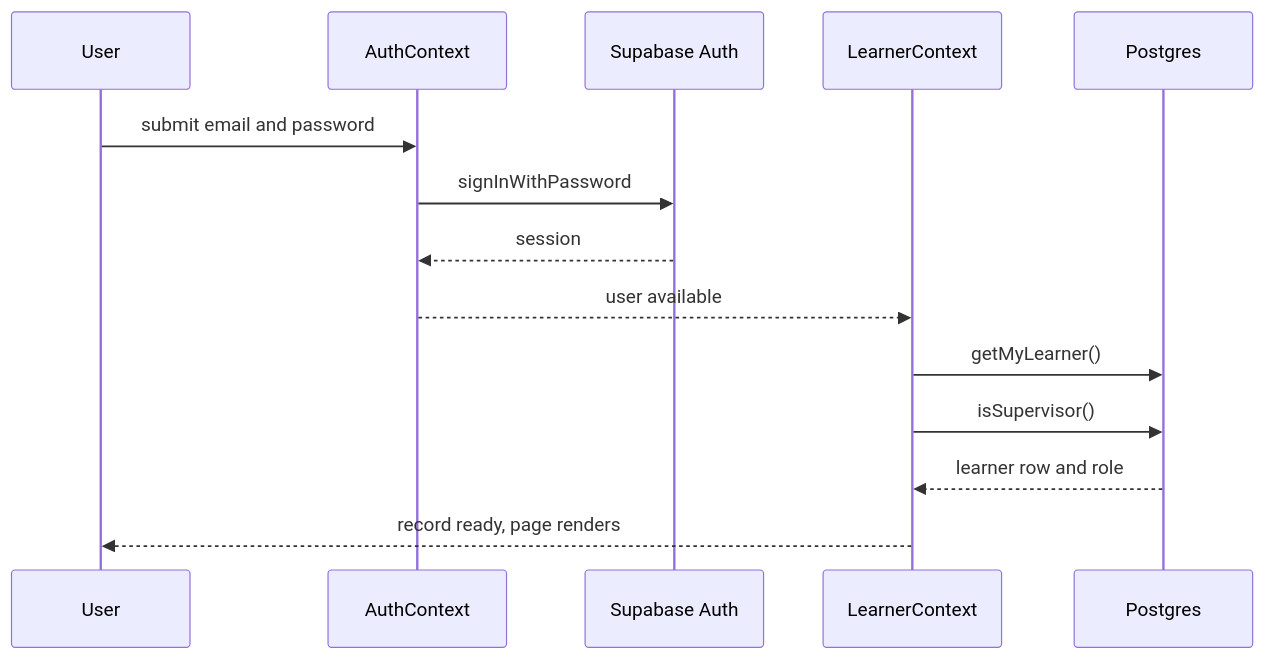
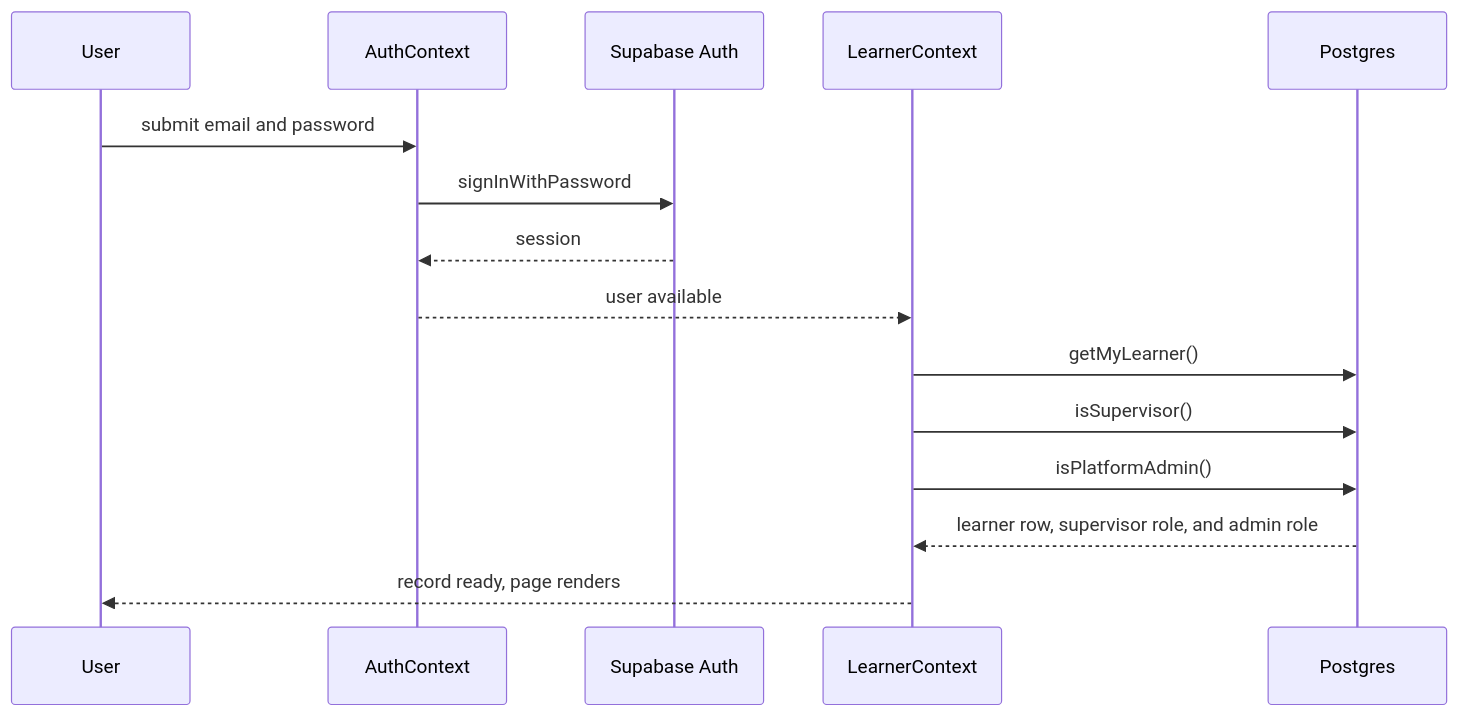
Before and after one commit to ayonman100/eabd-learning-platform: the third of 4 diagrams in docs/architecture/overview.md, drawn with Mermaid. The commit also changed other lines of this file and 7 other files, not shown here.

Commit message:
docs(changelog): Record changes since the Vercel route fix - The log starts on 28 October 2026, at the rewrite that serves every route from index.html. - The index, overview, security notes, and pathway notes now include the admin role and the public pages.

````diff
--- a/docs/architecture/overview.md
+++ b/docs/architecture/overview.md
@@ -71,16 +75,17 @@
 ```mermaid
 sequenceDiagram
   participant U as User
   participant A as AuthContext
   participant S as Supabase Auth
   participant L as LearnerContext
   participant D as Postgres
   U->>A: submit email and password
   A->>S: signInWithPassword
   S-->>A: session
   A-->>L: user available
   L->>D: getMyLearner()
   L->>D: isSupervisor()
-  D-->>L: learner row and role
+  L->>D: isPlatformAdmin()
+  D-->>L: learner row, supervisor role, and admin role
   L-->>U: record ready, page renders
 ```
````
